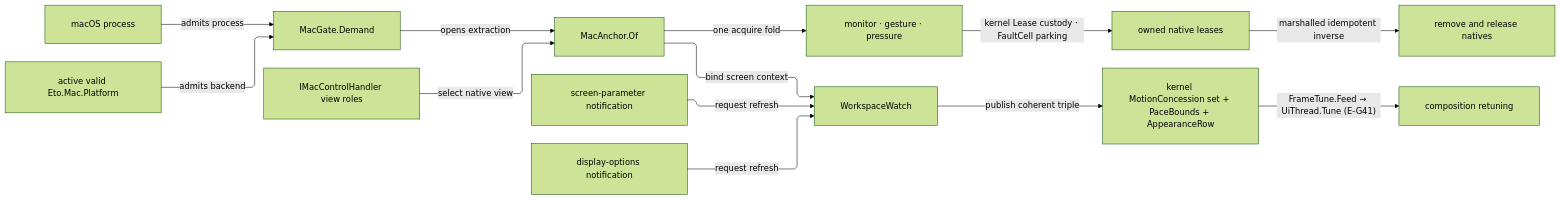
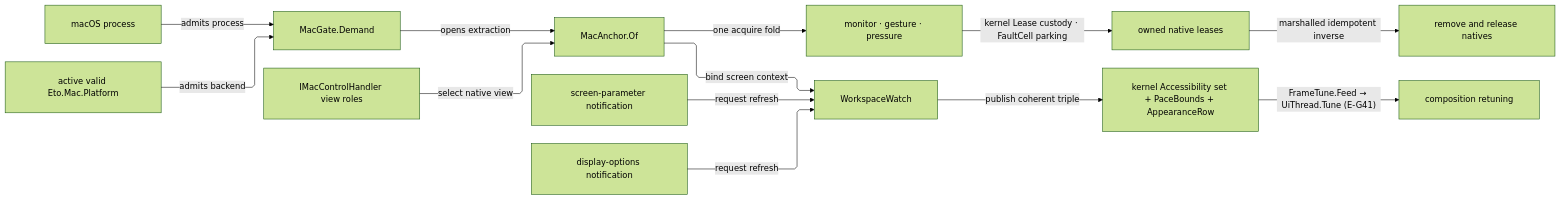
One commit to bsamiee/Rasm changed the diagram in libs/dotnet/Rasm.Grasshopper/.planning/Platform/native.md. Above: the diagram before and after it, drawn with Mermaid (forest theme). The commit also changed other lines of this file and 47 other files, not shown here.

````diff
--- a/libs/dotnet/Rasm.Grasshopper/.planning/Platform/native.md
+++ b/libs/dotnet/Rasm.Grasshopper/.planning/Platform/native.md
@@ -471,27 +470,27 @@
 ```mermaid
 ---
 config:
   layout: elk
   elk:
     nodePlacementStrategy: NETWORK_SIMPLEX
     considerModelOrder: NODES_AND_EDGES
   flowchart:
     curve: linear
     padding: 25
 ---
 flowchart LR
     accTitle: macOS platform gate, native attachments, and changing workspace facts
     accDescr: The operating system and active Eto macOS platform admit explicit native view roles; one acquire fold mints leased monitors, gestures, pressure, and workspace observers whose faults park on the caller's cell; anchor-screen changes publish kernel concession sets, pace bounds, and appearance rows that feed the frame-tune producer.
     Process["macOS process"] -->|"admits process"| Gate["MacGate.Demand"]
     Eto["active valid Eto.Mac.Platform"] -->|"admits backend"| Gate
     Gate -->|"opens extraction"| Anchor["MacAnchor.Of"]
     Roles["IMacControlHandler view roles"] -->|"select native view"| Anchor
     Anchor -->|"one acquire fold"| Attach["monitor · gesture · pressure"]
     Attach -->|"kernel Lease custody · FaultCell parking"| Lease["owned native leases"]
     Lease -->|"marshalled idempotent inverse"| Inverse["remove and release natives"]
     Anchor -->|"bind screen context"| Watch["WorkspaceWatch"]
     Screen["screen-parameter notification"] -->|"request refresh"| Watch
     Display["display-options notification"] -->|"request refresh"| Watch
-    Watch -->|"publish coherent triple"| Facts["kernel MotionConcession set + PaceBounds + AppearanceRow"]
+    Watch -->|"publish coherent triple"| Facts["kernel Accessibility set + PaceBounds + AppearanceRow"]
     Facts -->|"FrameTune.Feed → UiThread.Tune (E-G41)"| Retune["composition retuning"]
 ```
````
